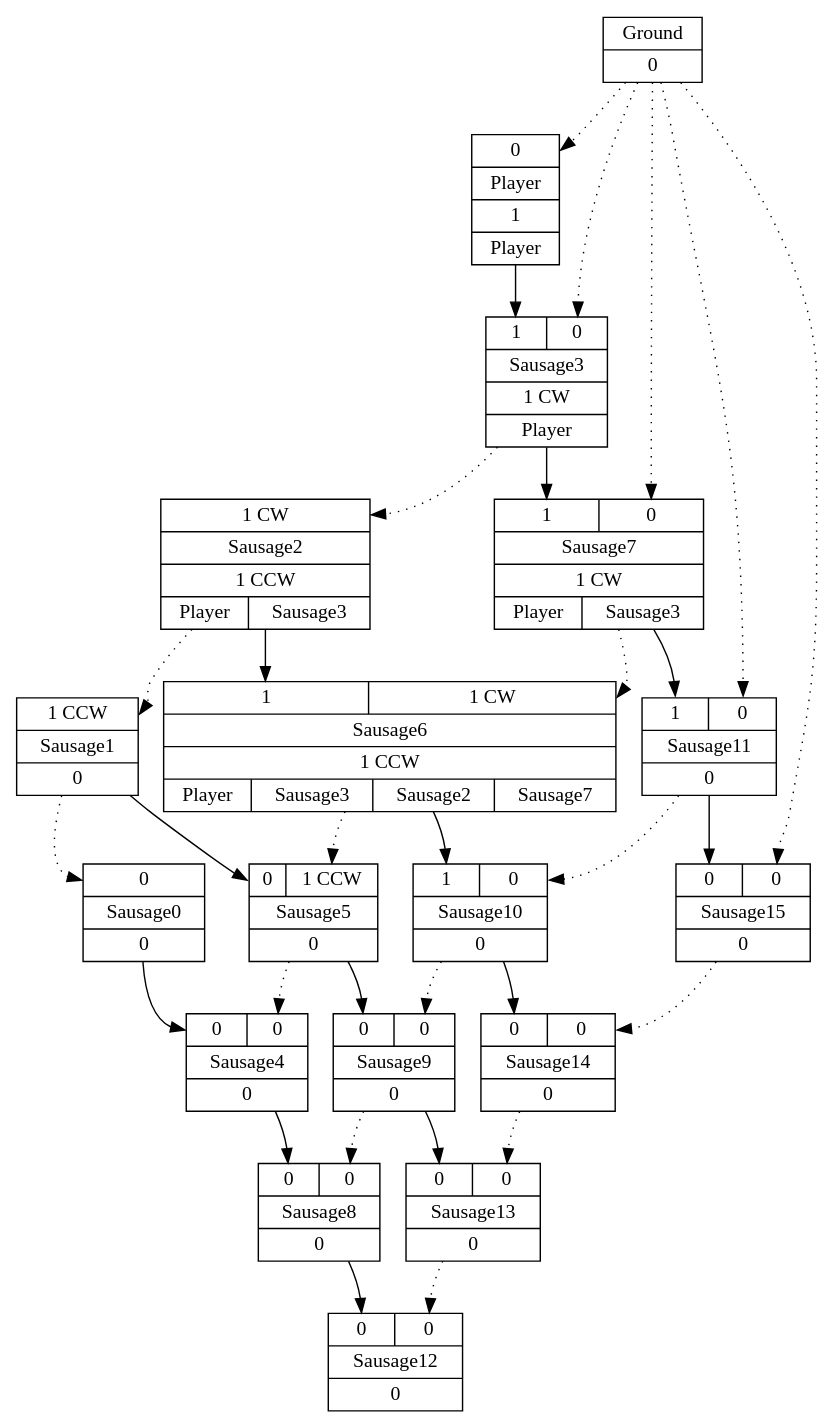
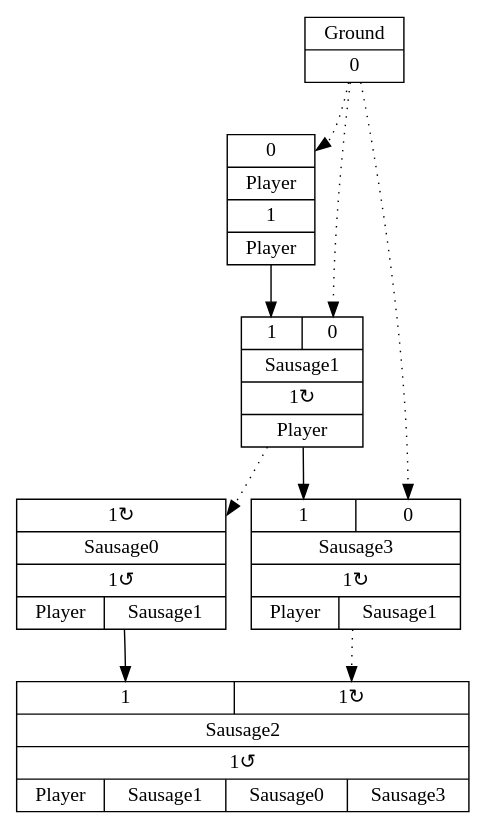
The diagram in mid/2/graph_5.gv (increpare/AbstractPropagationSim), drawn with Graphviz before and after one commit. The commit also changed 106 other files, not shown here.

```diff
--- a/mid/2/graph_5.gv
+++ b/mid/2/graph_5.gv
@@ -1,51 +1,17 @@
 digraph G {
 node [shape=record];
 Player[ label ="{{<GroundP>0}|{Player}|<PlayerOUT>1|{Player}}"];
 Ground[ label ="{{Ground}|<GroundOUT>0}"];
-Sausage3[ label ="{{<Player>1|<GroundP>0}|{Sausage3}|<Sausage3OUT>1 CW|{Player}}"];
-Sausage2[ label ="{{<Sausage3P>1 CW}|{Sausage2}|<Sausage2OUT>1 CCW|{Player|Sausage3}}"];
-Sausage7[ label ="{{<Sausage3>1|<GroundP>0}|{Sausage7}|<Sausage7OUT>1 CW|{Player|Sausage3}}"];
-Sausage1[ label ="{{<Sausage2P>1 CCW}|{Sausage1}|<Sausage1OUT>0}"];
-Sausage6[ label ="{{<Sausage2>1|<Sausage7P>1 CW}|{Sausage6}|<Sausage6OUT>1 CCW|{Player|Sausage3|Sausage2|Sausage7}}"];
-Sausage11[ label ="{{<Sausage7>1|<GroundP>0}|{Sausage11}|<Sausage11OUT>0}"];
-Sausage0[ label ="{{<Sausage1P>0}|{Sausage0}|<Sausage0OUT>0}"];
-Sausage5[ label ="{{<Sausage1>0|<Sausage6P>1 CCW}|{Sausage5}|<Sausage5OUT>0}"];
-Sausage10[ label ="{{<Sausage6>1|<Sausage11P>0}|{Sausage10}|<Sausage10OUT>0}"];
-Sausage15[ label ="{{<Sausage11>0|<GroundP>0}|{Sausage15}|<Sausage15OUT>0}"];
-Sausage4[ label ="{{<Sausage0>0|<Sausage5P>0}|{Sausage4}|<Sausage4OUT>0}"];
-Sausage9[ label ="{{<Sausage5>0|<Sausage10P>0}|{Sausage9}|<Sausage9OUT>0}"];
-Sausage14[ label ="{{<Sausage10>0|<Sausage15P>0}|{Sausage14}|<Sausage14OUT>0}"];
-Sausage8[ label ="{{<Sausage4>0|<Sausage9P>0}|{Sausage8}|<Sausage8OUT>0}"];
-Sausage13[ label ="{{<Sausage9>0|<Sausage14P>0}|{Sausage13}|<Sausage13OUT>0}"];
-Sausage12[ label ="{{<Sausage8>0|<Sausage13P>0}|{Sausage12}|<Sausage12OUT>0}"];
+Sausage1[ label ="{{<Player>1|<GroundP>0}|{Sausage1}|<Sausage1OUT>1&#8635;|{Player}}"];
+Sausage0[ label ="{{<Sausage1P>1&#8635;}|{Sausage0}|<Sausage0OUT>1&#8634;|{Player|Sausage1}}"];
+Sausage3[ label ="{{<Sausage1>1|<GroundP>0}|{Sausage3}|<Sausage3OUT>1&#8635;|{Player|Sausage1}}"];
+Sausage2[ label ="{{<Sausage0>1|<Sausage3P>1&#8635;}|{Sausage2}|<Sausage2OUT>1&#8634;|{Player|Sausage1|Sausage0|Sausage3}}"];
 	"Ground" -> "Player":GroundP [style=dotted];
-	"Player" -> "Sausage3":Player;
+	"Player" -> "Sausage1":Player;
+	"Ground" -> "Sausage1":GroundP [style=dotted];
+	"Sausage1" -> "Sausage0":Sausage1P [style=dotted];
+	"Sausage1" -> "Sausage3":Sausage1;
+	"Sausage0" -> "Sausage2":Sausage0;
 	"Ground" -> "Sausage3":GroundP [style=dotted];
 	"Sausage3" -> "Sausage2":Sausage3P [style=dotted];
-	"Sausage3" -> "Sausage7":Sausage3;
-	"Sausage2" -> "Sausage1":Sausage2P [style=dotted];
-	"Sausage2" -> "Sausage6":Sausage2;
-	"Ground" -> "Sausage7":GroundP [style=dotted];
-	"Sausage7" -> "Sausage6":Sausage7P [style=dotted];
-	"Sausage7" -> "Sausage11":Sausage7;
-	"Sausage1" -> "Sausage0":Sausage1P [style=dotted];
-	"Sausage1" -> "Sausage5":Sausage1;
-	"Sausage6" -> "Sausage5":Sausage6P [style=dotted];
-	"Sausage6" -> "Sausage10":Sausage6;
-	"Ground" -> "Sausage11":GroundP [style=dotted];
-	"Sausage11" -> "Sausage10":Sausage11P [style=dotted];
-	"Sausage11" -> "Sausage15":Sausage11;
-	"Sausage0" -> "Sausage4":Sausage0;
-	"Sausage5" -> "Sausage4":Sausage5P [style=dotted];
-	"Sausage5" -> "Sausage9":Sausage5;
-	"Sausage10" -> "Sausage9":Sausage10P [style=dotted];
-	"Sausage10" -> "Sausage14":Sausage10;
-	"Ground" -> "Sausage15":GroundP [style=dotted];
-	"Sausage15" -> "Sausage14":Sausage15P [style=dotted];
-	"Sausage4" -> "Sausage8":Sausage4;
-	"Sausage9" -> "Sausage8":Sausage9P [style=dotted];
-	"Sausage9" -> "Sausage13":Sausage9;
-	"Sausage14" -> "Sausage13":Sausage14P [style=dotted];
-	"Sausage8" -> "Sausage12":Sausage8;
-	"Sausage13" -> "Sausage12":Sausage13P [style=dotted];
 }
```
